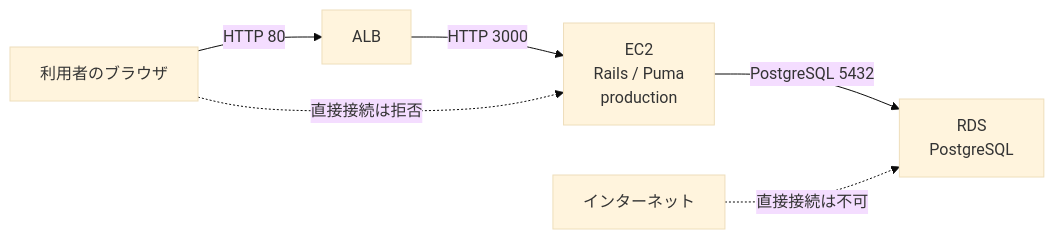
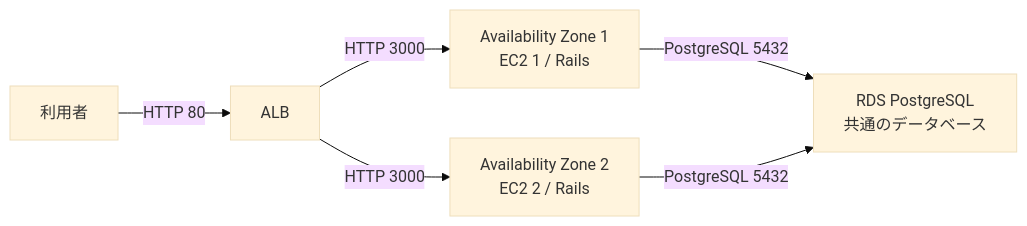
Before and after one commit to TORIFUKUKaiou/rails-dojo-year2-content: the second of 8 diagrams in 12/orientation.md, drawn with Mermaid (base theme). The commit also changed other lines of this file, not shown here.

Commit message:
Elaborate RDS, Multi-AZ concept, and production configurations in week 12 orientation

````diff
--- a/12/orientation.md
+++ b/12/orientation.md
@@ -42,8 +48,8 @@
 ```mermaid
 flowchart LR
-  U["利用者のブラウザ"] -->|"HTTP 80"| ALB["ALB"]
-  ALB -->|"HTTP 3000"| EC2["EC2<br>Rails / Puma<br>production"]
-  EC2 -->|"PostgreSQL 5432"| RDS["RDS<br>PostgreSQL"]
-  U -.->|"直接接続は拒否"| EC2
-  INTERNET["インターネット"] -.->|"直接接続は不可"| RDS
+  U["利用者"] -->|"HTTP 80"| ALB["ALB"]
+  ALB -->|"HTTP 3000"| EC21["Availability Zone 1<br>EC2 1 / Rails"]
+  ALB -->|"HTTP 3000"| EC22["Availability Zone 2<br>EC2 2 / Rails"]
+  EC21 -->|"PostgreSQL 5432"| RDS["RDS PostgreSQL<br>共通のデータベース"]
+  EC22 -->|"PostgreSQL 5432"| RDS
 ```
````
